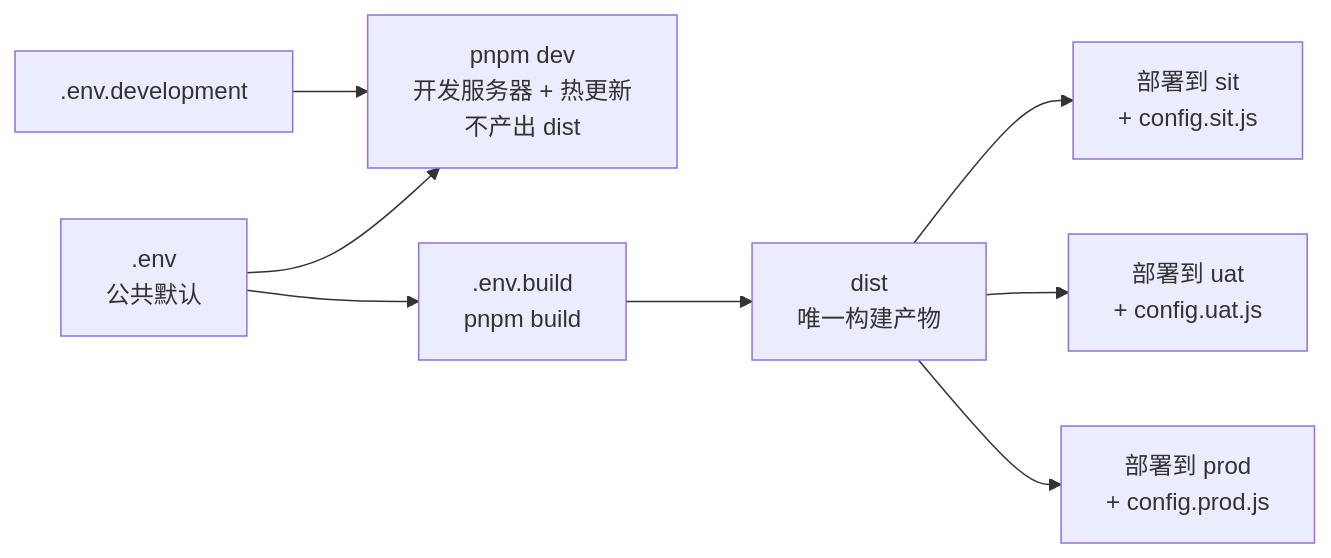
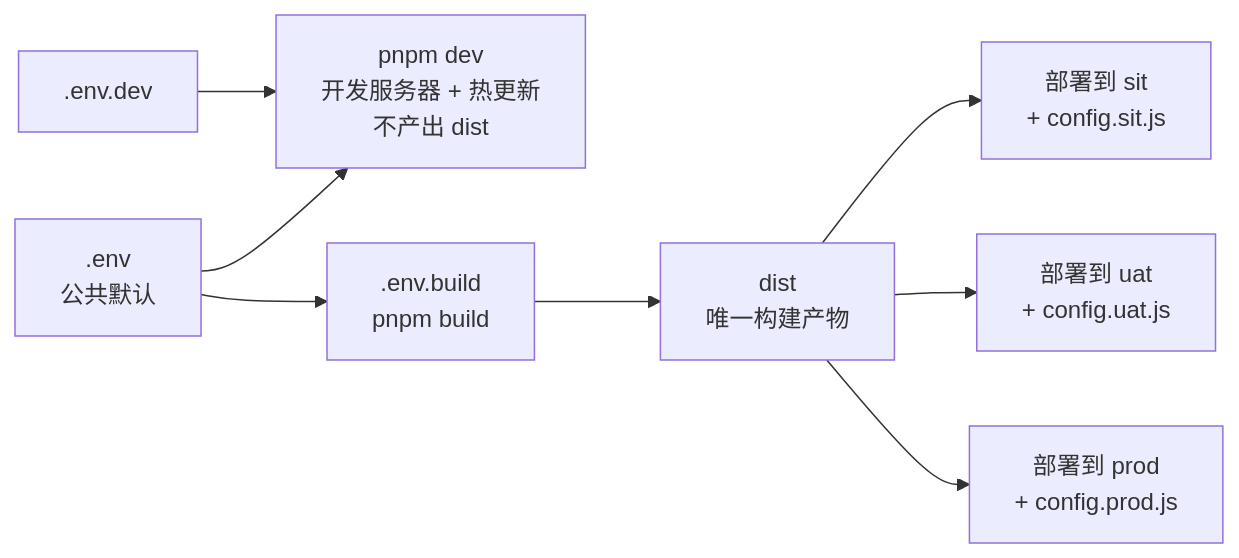
The diagram in README.md (kenuiuc/vite-pkg-demo), drawn with Mermaid before and after one commit. The commit also changed other lines of this file and 2 other files, not shown here.

Commit message:
refactor: rename dev mode env to .env.dev

````diff
--- a/README.md
+++ b/README.md
@@ -44,10 +44,10 @@
 ```mermaid
 flowchart LR
-  A[".env.development"] --> B["pnpm dev<br/>开发服务器 + 热更新<br/>不产出 dist"]
+  A[".env.dev"] --> B["pnpm dev<br/>开发服务器 + 热更新<br/>不产出 dist"]
   C[".env<br/>公共默认"] --> B
   C --> D[".env.build<br/>pnpm build"]
   D --> E["dist<br/>唯一构建产物"]
   E --> F["部署到 sit<br/>+ config.sit.js"]
   E --> G["部署到 uat<br/>+ config.uat.js"]
   E --> H["部署到 prod<br/>+ config.prod.js"]
 ```
````
